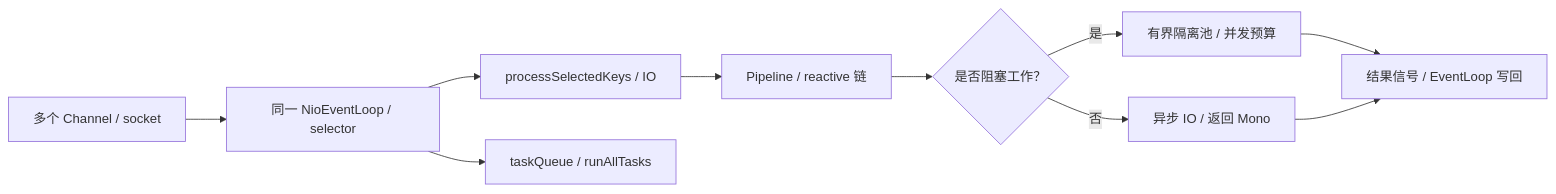
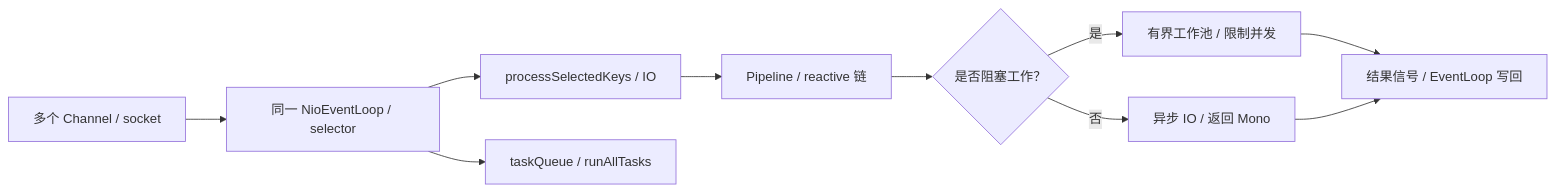
One commit to yisiliang/yisiliang.github.io changed the first of 2 diagrams in docs/java-architect-interview/chapters/10.md. Above: the diagram before and after it, drawn with Mermaid. The commit also changed other lines of this file and 18 other files, not shown here.

````diff
--- a/docs/java-architect-interview/chapters/10.md
+++ b/docs/java-architect-interview/chapters/10.md
@@ -65,12 +80,12 @@
 ```mermaid
 flowchart LR
  A["多个 Channel / socket"] --> B["同一 NioEventLoop / selector"]
  B --> C["processSelectedKeys / IO"]
  C --> D["Pipeline / reactive 链"]
  B --> E["taskQueue / runAllTasks"]
  D --> F{"是否阻塞工作？"}
- F -->|是| G["有界隔离池 / 并发预算"]
+ F -->|是| G["有界工作池 / 限制并发"]
  F -->|否| H["异步 IO / 返回 Mono"]
  G --> I["结果信号 / EventLoop 写回"]
  H --> I
 ```
````
